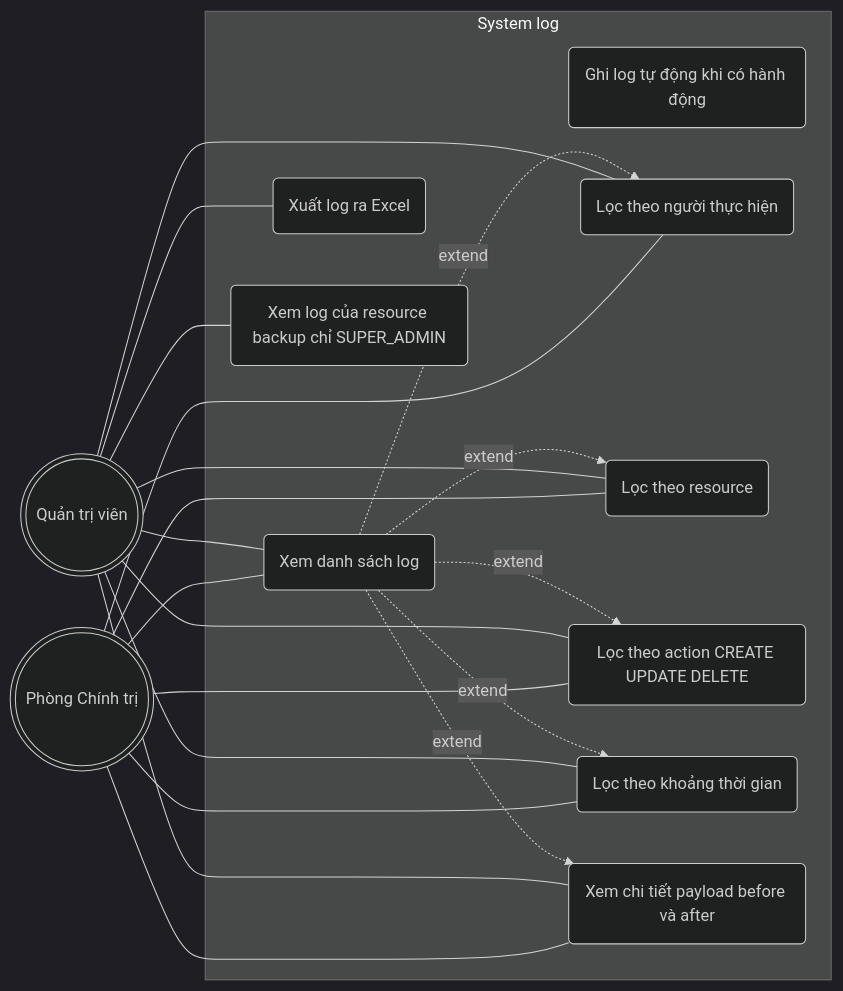
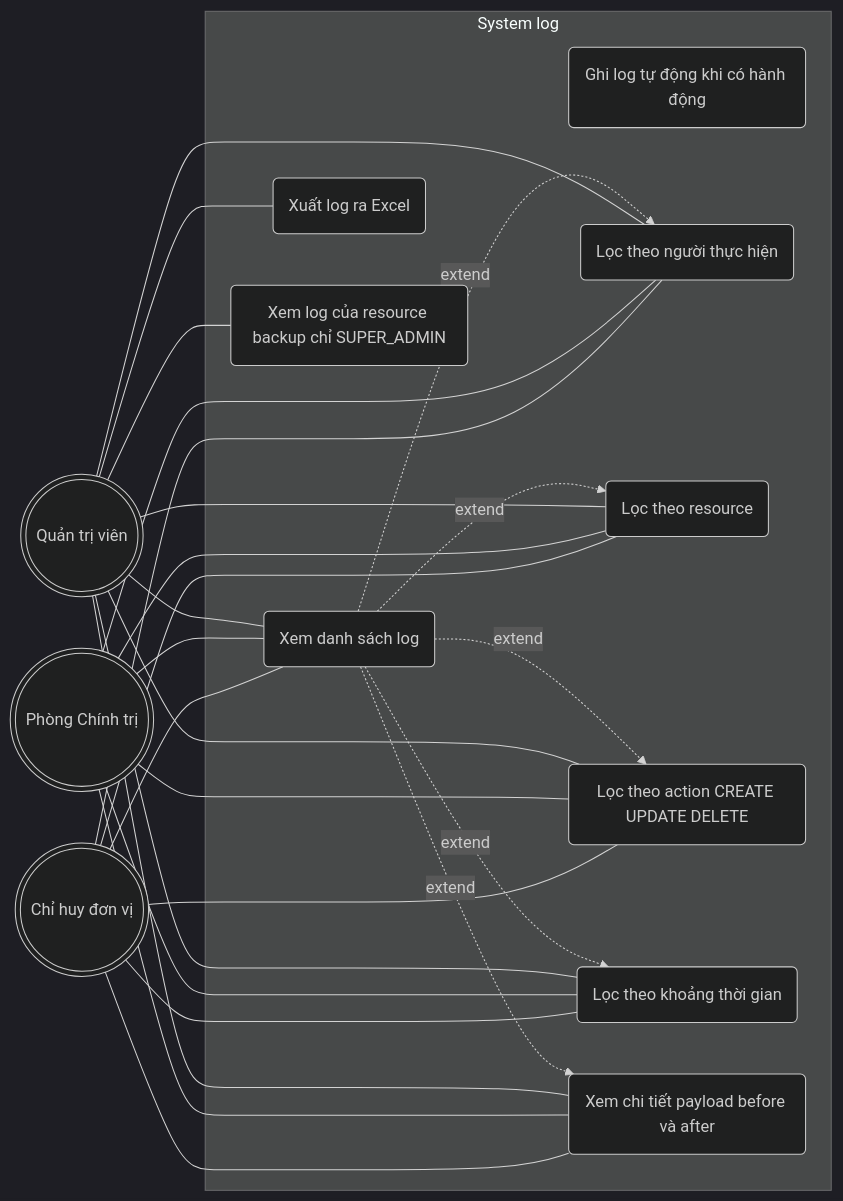
Diagram 12 of 14 in docs/diagrams/01-use-case.md (tranducbk/DATN_PM_QLKT), drawn with Mermaid (dark theme) before and after one commit. The commit also changed other lines of this file and 4 other files, not shown here.

````diff
--- a/docs/diagrams/01-use-case.md
+++ b/docs/diagrams/01-use-case.md
@@ -547,39 +582,47 @@
 ```mermaid
 flowchart LR
     SA(((Quản trị viên)))
     AD(((Phòng Chính trị)))
+    MG(((Chỉ huy đơn vị)))
 
     subgraph SYS[System log]
         UC1(Ghi log tự động khi có hành động)
         UC2(Xem danh sách log)
         UC3(Lọc theo người thực hiện)
         UC4(Lọc theo resource)
         UC5(Lọc theo action CREATE UPDATE DELETE)
         UC6(Lọc theo khoảng thời gian)
         UC7(Xem chi tiết payload before và after)
         UC8(Xuất log ra Excel)
         UC9(Xem log của resource backup chỉ SUPER_ADMIN)
 
         UC2 -.->|extend| UC3
         UC2 -.->|extend| UC4
         UC2 -.->|extend| UC5
         UC2 -.->|extend| UC6
         UC2 -.->|extend| UC7
     end
 
     SA --- UC2
     SA --- UC3
     SA --- UC4
     SA --- UC5
     SA --- UC6
     SA --- UC7
     SA --- UC8
     SA --- UC9
 
     AD --- UC2
     AD --- UC3
     AD --- UC4
     AD --- UC5
     AD --- UC6
     AD --- UC7
+
+    MG --- UC2
+    MG --- UC3
+    MG --- UC4
+    MG --- UC5
+    MG --- UC6
+    MG --- UC7
 ```
````
